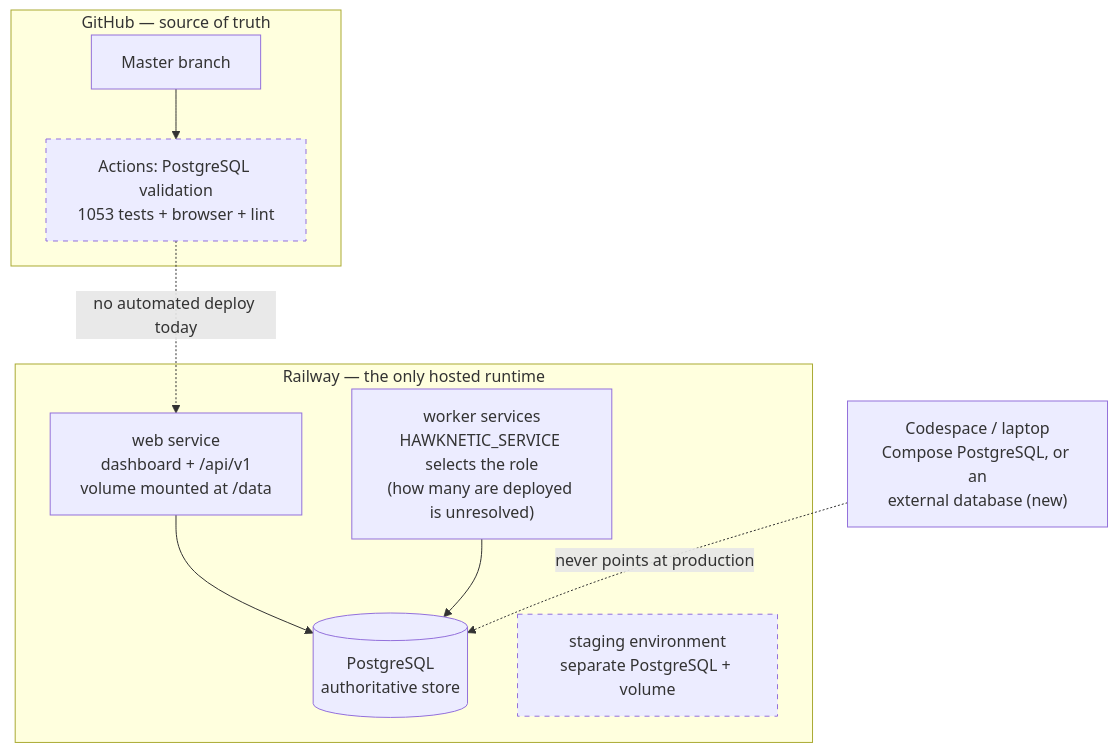
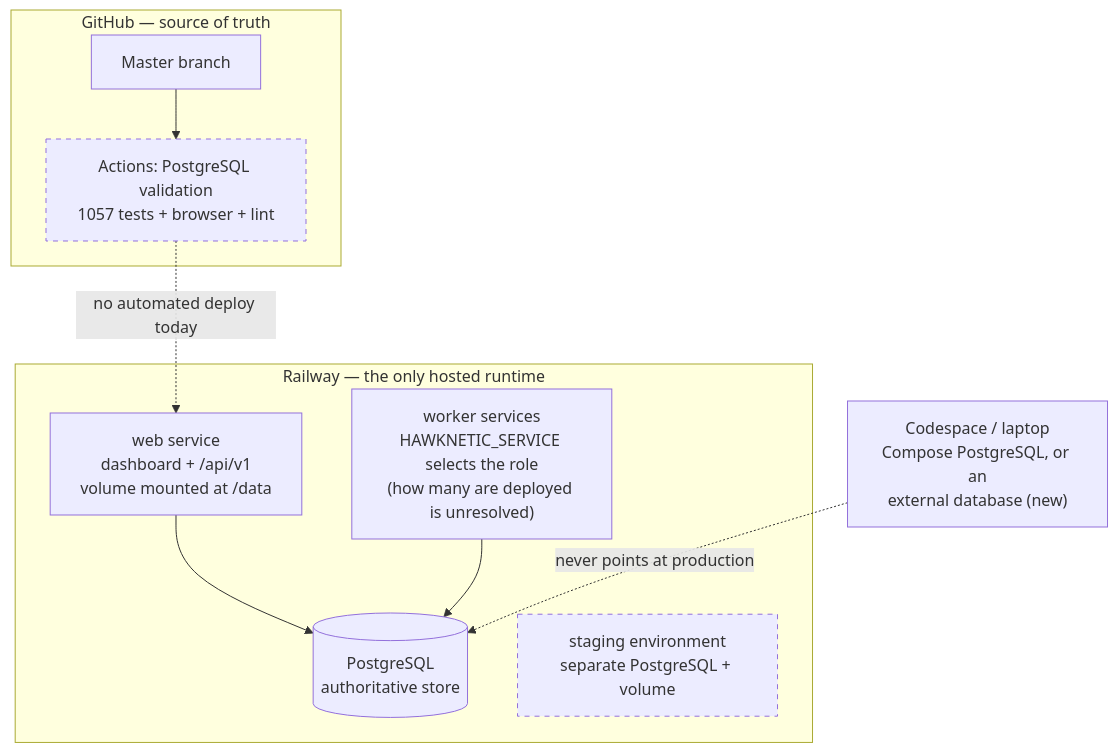
The diagram in docs/CURRENT_INFRASTRUCTURE.md (Dhawkins223/-SER316-IndividualSetup.), drawn with Mermaid before and after one commit. The commit also changed other lines of this file and 3 other files, not shown here.

````diff
--- a/docs/CURRENT_INFRASTRUCTURE.md
+++ b/docs/CURRENT_INFRASTRUCTURE.md
@@ -81,25 +81,25 @@
 ```mermaid
 graph TB
     subgraph GH["GitHub — source of truth"]
         REPO[Master branch]
-        CI["Actions: PostgreSQL validation<br/>1053 tests + browser + lint"]
+        CI["Actions: PostgreSQL validation<br/>1057 tests + browser + lint"]
     end
 
     subgraph RW["Railway — the only hosted runtime"]
         WEB["web service<br/>dashboard + /api/v1<br/>volume mounted at /data"]
         WORKERS["worker services<br/>HAWKNETIC_SERVICE selects the role<br/>(how many are deployed is unresolved)"]
         PG[("PostgreSQL<br/>authoritative store")]
         STG["staging environment<br/>separate PostgreSQL + volume"]
     end
 
     DEV["Codespace / laptop<br/>Compose PostgreSQL, or an<br/>external database (new)"]
 
     REPO --> CI
     CI -.->|"no automated deploy today"| WEB
     WEB --> PG
     WORKERS --> PG
     DEV -.->|never points at production| PG
 
     classDef gap stroke-dasharray: 5 5
     class CI,STG gap
 ```
````
